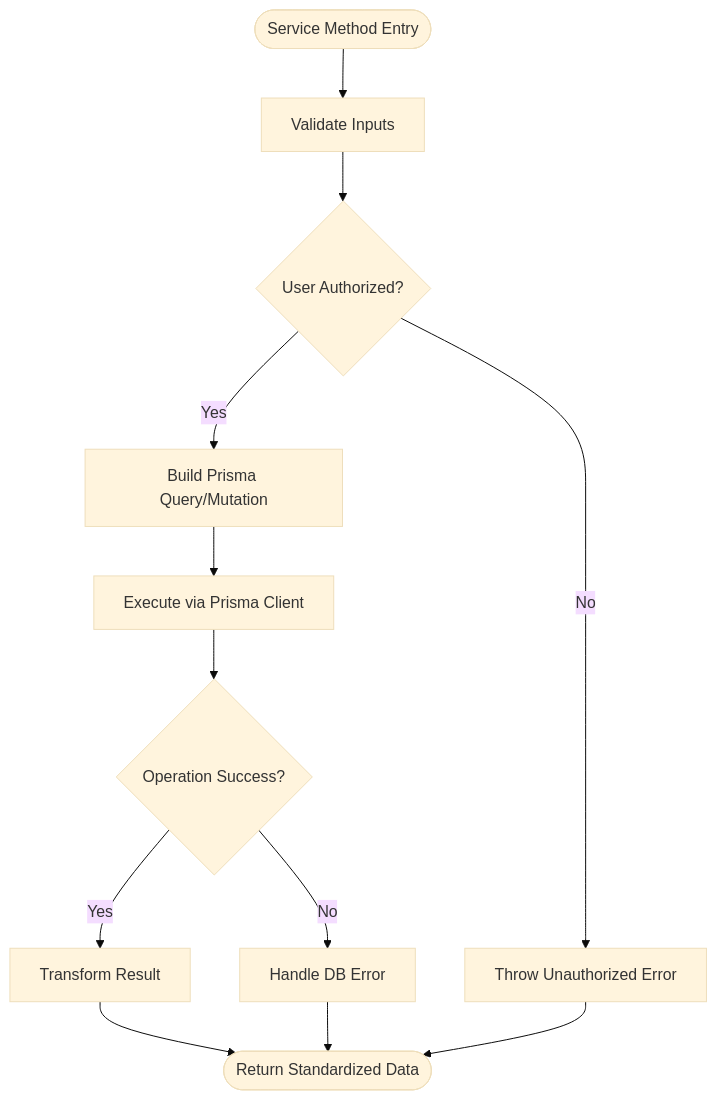
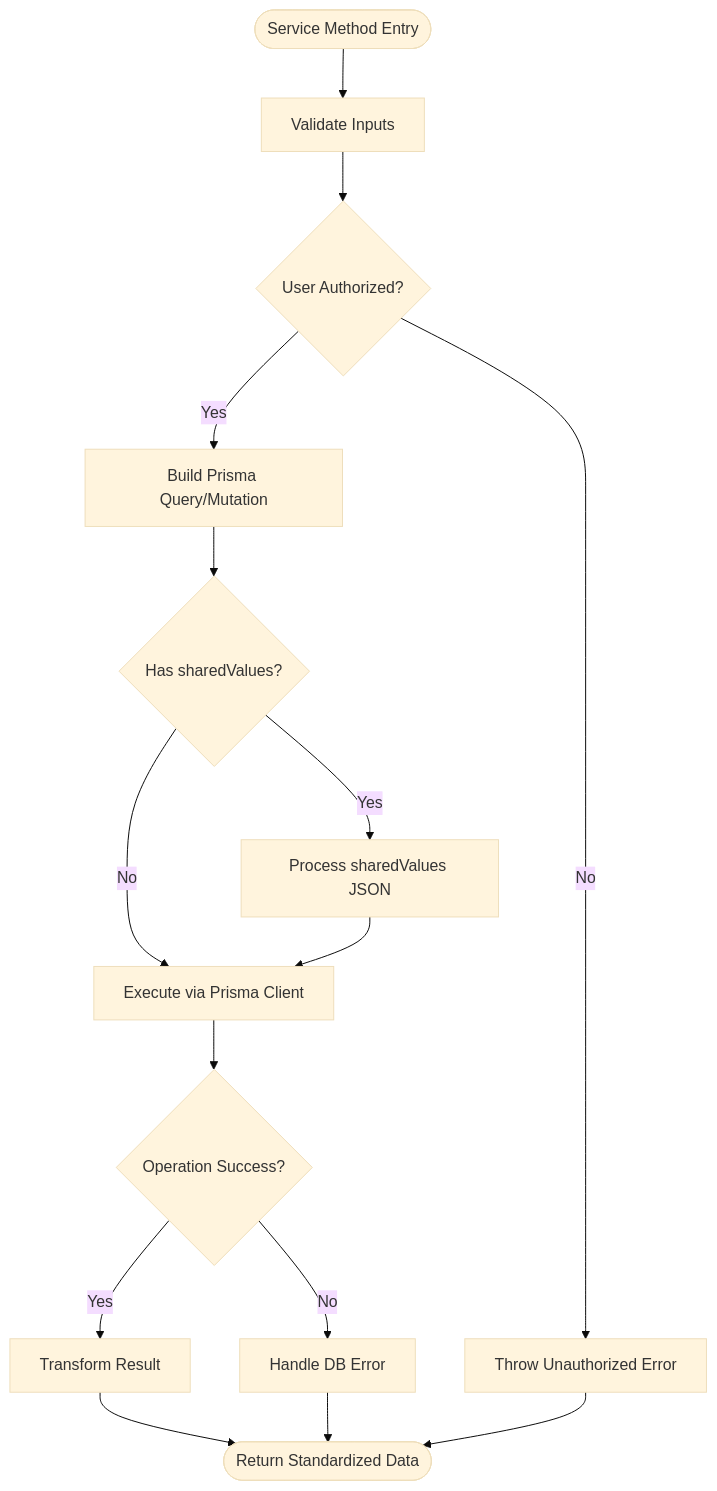
One commit to RobertRuas/windlog changed the fourth of 7 diagrams in .qoder/repowiki/en/content/Arquitetura Backend/Módulos do Sistema/Timesheet Semanal - Módulo Backend.md. Above: the diagram before and after it, drawn with Mermaid (base theme). The commit also changed other lines of this file and 100 other files, not shown here.

````diff
--- a/.qoder/repowiki/en/content/Arquitetura Backend/Módulos do Sistema/Timesheet Semanal - Módulo Backend.md
+++ b/.qoder/repowiki/en/content/Arquitetura Backend/Módulos do Sistema/Timesheet Semanal - Módulo Backend.md
@@ -201,14 +220,17 @@
 ```mermaid
 flowchart TD
 Start(["Service Method Entry"]) --> Validate["Validate Inputs"]
 Validate --> CheckAuth{"User Authorized?"}
 CheckAuth --> |No| ThrowError["Throw Unauthorized Error"]
 CheckAuth --> |Yes| BuildQuery["Build Prisma Query/Mutation"]
-BuildQuery --> Execute["Execute via Prisma Client"]
+BuildQuery --> HandleSharedValues{"Has sharedValues?"}
+HandleSharedValues --> |Yes| ProcessSharedValues["Process sharedValues JSON"]
+HandleSharedValues --> |No| Execute["Execute via Prisma Client"]
+ProcessSharedValues --> Execute
 Execute --> Success{"Operation Success?"}
 Success --> |No| HandleError["Handle DB Error"]
 Success --> |Yes| Transform["Transform Result"]
 Transform --> Return(["Return Standardized Data"])
 HandleError --> Return
 ThrowError --> Return
 ```
````
